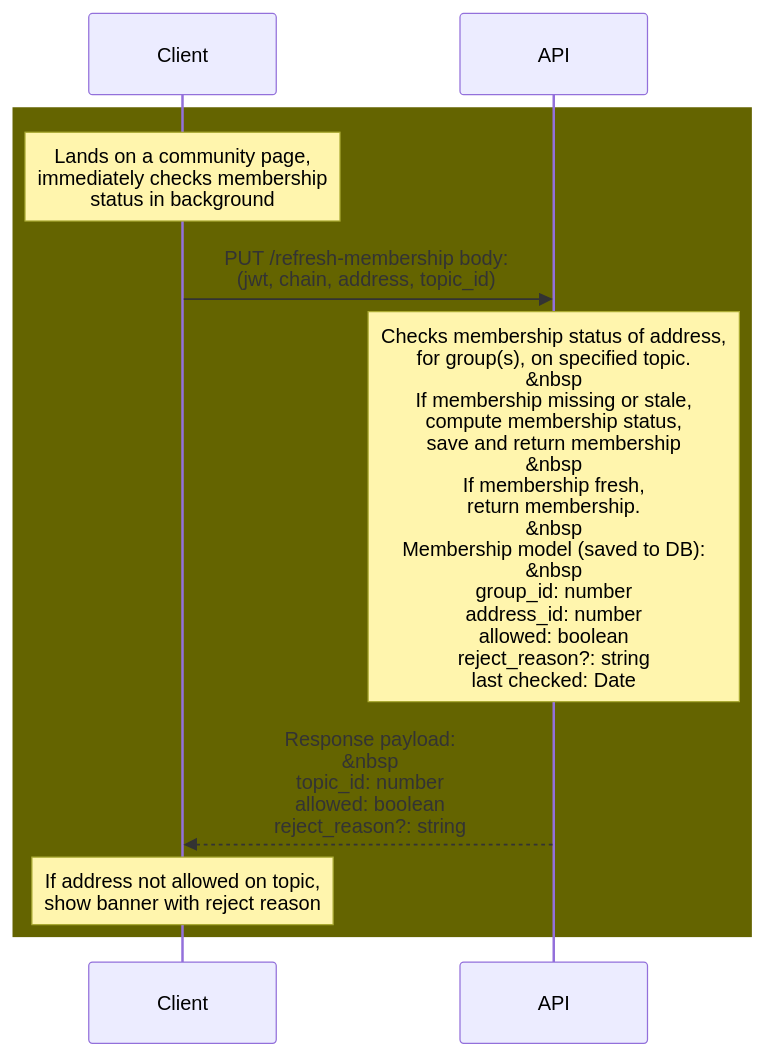
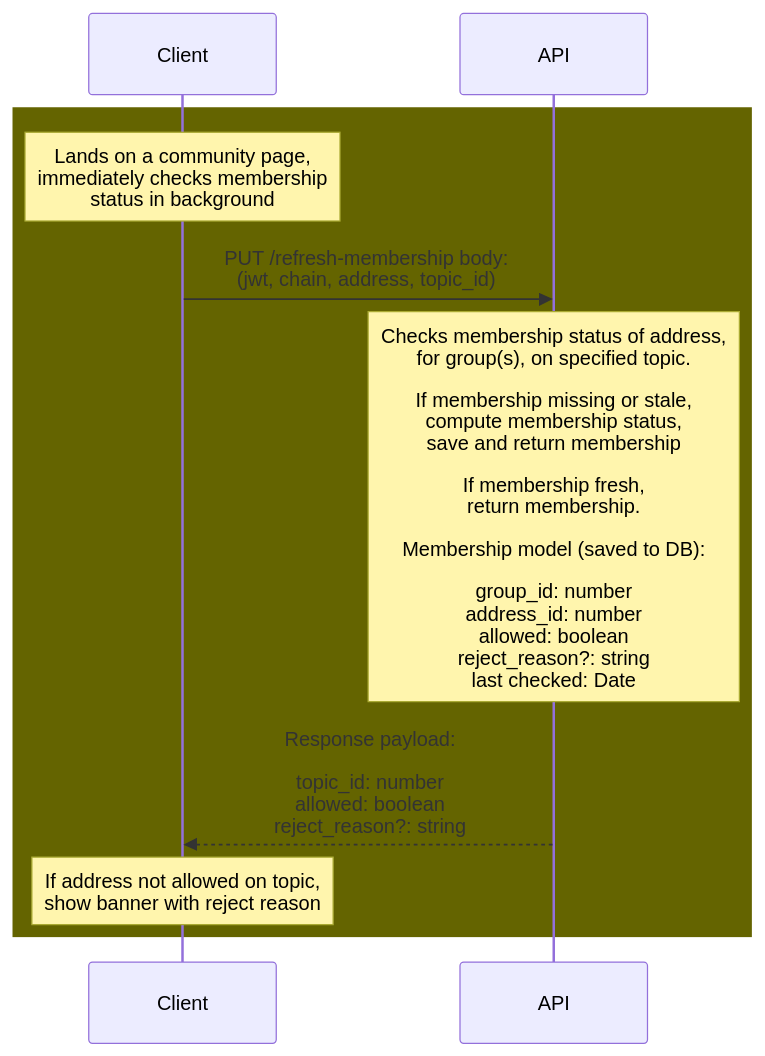
One commit to hicommonwealth/commonwealth changed the first of 5 diagrams in knowledge_base/Groups.md. Above: the diagram before and after it, drawn with Mermaid. The commit also changed other lines of this file, not shown here.

Commit message:
Update Mermaid line break syntax

````diff
--- a/knowledge_base/Groups.md
+++ b/knowledge_base/Groups.md
@@ -14,17 +14,17 @@
 ```mermaid
 sequenceDiagram
 
   rect rgb(100, 100, 0)
 
-  Note over Client: Lands on a community page, <br/> immediately checks membership <br/> status in background
+  Note over Client: Lands on a community page, <br> immediately checks membership <br> status in background
 
-  Client->>API: PUT /refresh-membership body: <br/> (jwt, chain, address, topic_id)
+  Client->>API: PUT /refresh-membership body: <br> (jwt, chain, address, topic_id)
 
-  Note over API: Checks membership status of address, <br/> for group(s), on specified topic. <br/> &nbsp <br /> If membership missing or stale, <br/> compute membership status, <br/> save and return membership <br/> &nbsp <br /> If membership fresh, <br/> return membership. <br/> &nbsp <br /> Membership model (saved to DB): <br/> &nbsp <br /> group_id: number <br/> address_id: number <br/> allowed: boolean <br/> reject_reason?: string <br/> last checked: Date
+  Note over API: Checks membership status of address, <br> for group(s), on specified topic. <br><br> If membership missing or stale, <br> compute membership status, <br> save and return membership <br><br> If membership fresh, <br> return membership. <br><br> Membership model (saved to DB): <br><br> group_id: number <br> address_id: number <br> allowed: boolean <br> reject_reason?: string <br> last checked: Date
 
-  API-->>Client: Response payload: <br/> &nbsp <br/> topic_id: number <br/> allowed: boolean <br/> reject_reason?: string
+  API-->>Client: Response payload: <br><br> topic_id: number <br> allowed: boolean <br> reject_reason?: string
 
-  Note over Client: If address not allowed on topic, <br/>  show banner with reject reason
+  Note over Client: If address not allowed on topic, <br>  show banner with reject reason
 
   end
 ```
````
